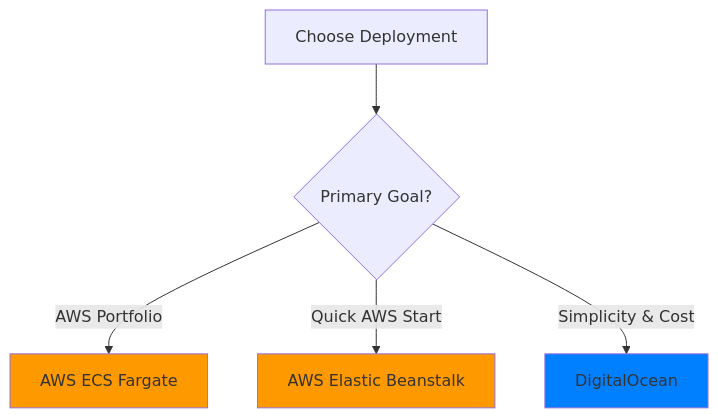
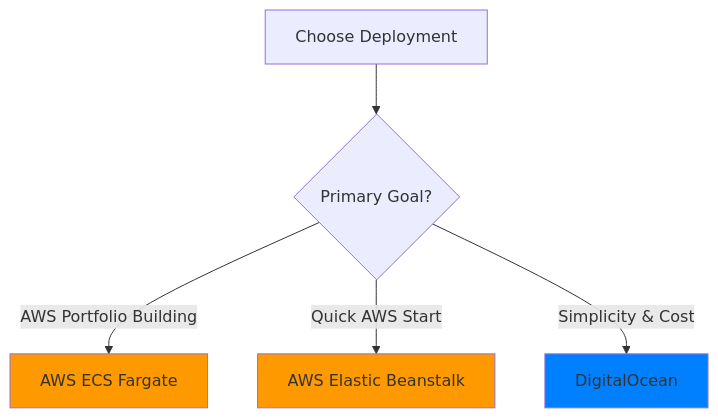
Before and after one commit to kaldun-tech/video-tutorials-practical-microservices: the second of 2 diagrams in README.md, drawn with Mermaid. The commit also changed other lines of this file, not shown here.

````diff
--- a/README.md
+++ b/README.md
@@ -159,11 +249,11 @@
 ```mermaid
 graph TD
     A[Choose Deployment] --> B{Primary Goal?}
-    B -->|AWS Portfolio| C[AWS ECS Fargate]
+    B -->|AWS Portfolio Building| C[AWS ECS Fargate]
     B -->|Quick AWS Start| D[AWS Elastic Beanstalk]
     B -->|Simplicity & Cost| E[DigitalOcean]
 
     style C fill:#ff9900
     style D fill:#ff9900
     style E fill:#0080ff
 ```
````
